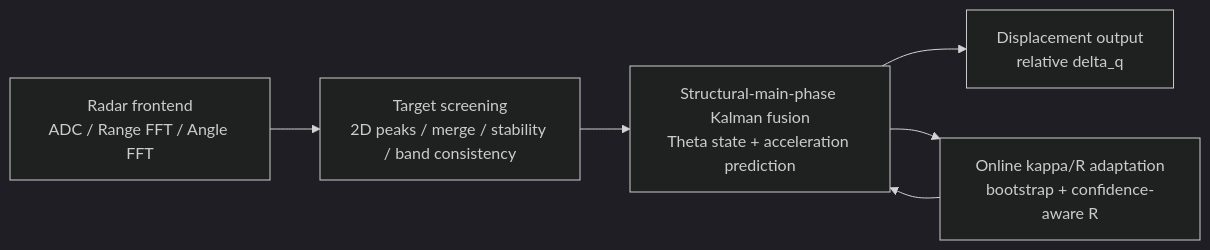
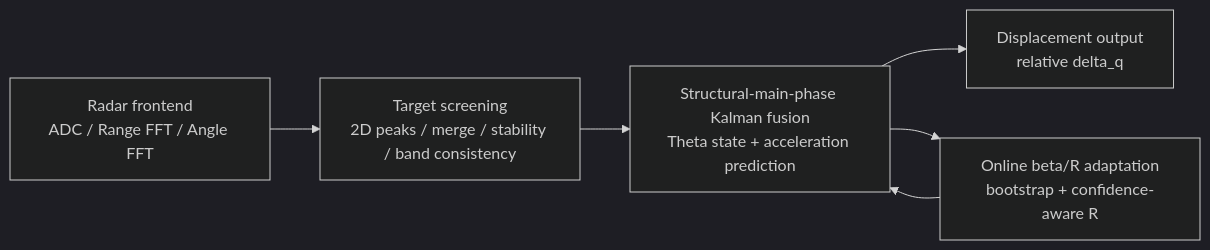
One commit to hobbyGG/thesis changed the second of 2 diagrams in reports/phase1_method_and_simulation_report.md. Above: the diagram before and after it, drawn with Mermaid (dark theme). The commit also changed other lines of this file and 17 other files, not shown here.

````diff
--- a/reports/phase1_method_and_simulation_report.md
+++ b/reports/phase1_method_and_simulation_report.md
@@ -121,11 +125,11 @@
 ```mermaid
 flowchart LR
     S["Radar frontend<br/>ADC / Range FFT / Angle FFT"]
     T["Target screening<br/>2D peaks / merge / stability / band consistency"]
     K["Structural-main-phase Kalman fusion<br/>Theta state + acceleration prediction"]
-    A["Online kappa/R adaptation<br/>bootstrap + confidence-aware R"]
+    A["Online beta/R adaptation<br/>bootstrap + confidence-aware R"]
     O["Displacement output<br/>relative delta_q"]
 
     S --> T --> K --> O
     K --> A --> K
 ```
````
